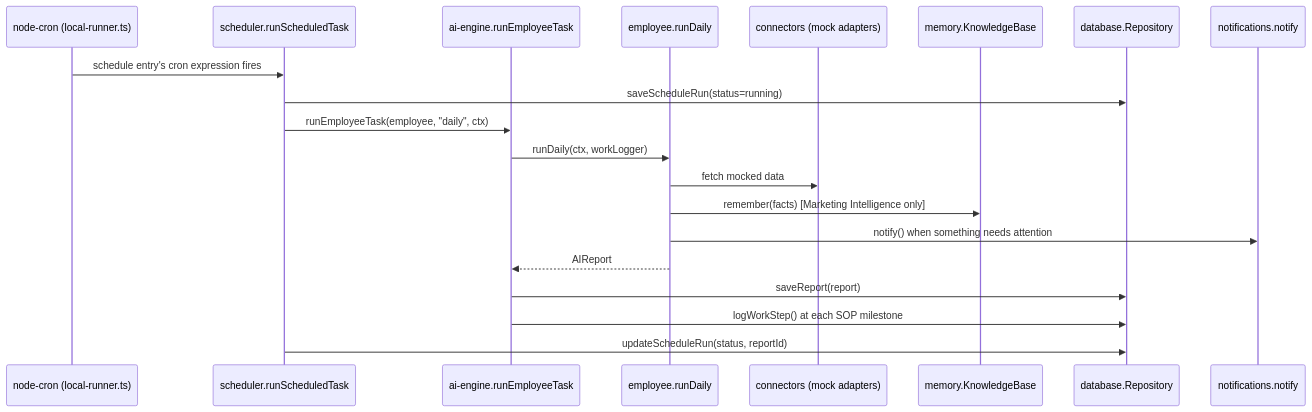
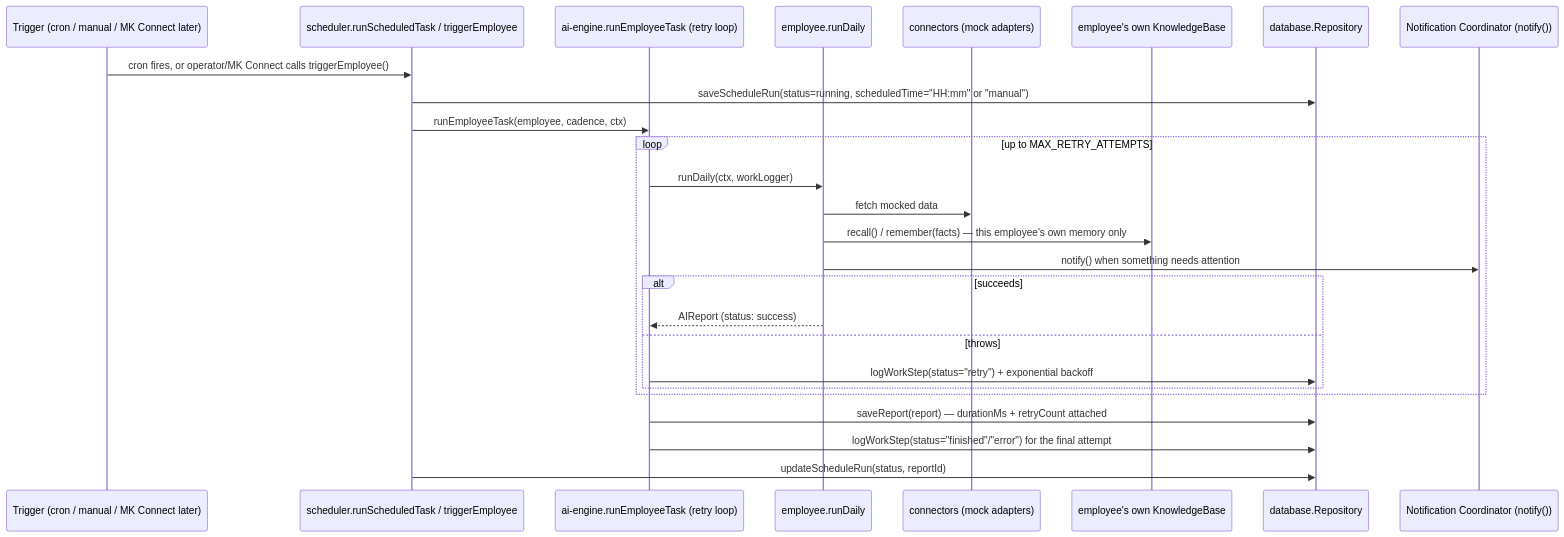
Before and after one commit to loonarsliving/Aiagent: the third of 4 diagrams in docs/ARCHITECTURE.md, drawn with Mermaid. The commit also changed other lines of this file and 99 other files, not shown here.

````diff
--- a/docs/ARCHITECTURE.md
+++ b/docs/ARCHITECTURE.md
@@ -135,23 +191,29 @@
 ```mermaid
 sequenceDiagram
-    participant Cron as node-cron (local-runner.ts)
-    participant Exec as scheduler.runScheduledTask
-    participant Run as ai-engine.runEmployeeTask
+    participant Trigger as Trigger (cron / manual / MK Connect later)
+    participant Sched as scheduler.runScheduledTask / triggerEmployee
+    participant Run as ai-engine.runEmployeeTask (retry loop)
     participant Emp as employee.runDaily
     participant Conn as connectors (mock adapters)
-    participant Mem as memory.KnowledgeBase
+    participant Mem as employee's own KnowledgeBase
     participant DB as database.Repository
-    participant Notif as notifications.notify
+    participant Notif as Notification Coordinator (notify())
 
-    Cron->>Exec: schedule entry's cron expression fires
-    Exec->>DB: saveScheduleRun(status=running)
-    Exec->>Run: runEmployeeTask(employee, "daily", ctx)
-    Run->>Emp: runDaily(ctx, workLogger)
-    Emp->>Conn: fetch mocked data
-    Emp->>Mem: remember(facts) [Marketing Intelligence only]
-    Emp->>Notif: notify() when something needs attention
-    Emp-->>Run: AIReport
-    Run->>DB: saveReport(report)
-    Run->>DB: logWorkStep() at each SOP milestone
-    Exec->>DB: updateScheduleRun(status, reportId)
+    Trigger->>Sched: cron fires, or operator/MK Connect calls triggerEmployee()
+    Sched->>DB: saveScheduleRun(status=running, scheduledTime="HH:mm" or "manual")
+    Sched->>Run: runEmployeeTask(employee, cadence, ctx)
+    loop up to MAX_RETRY_ATTEMPTS
+        Run->>Emp: runDaily(ctx, workLogger)
+        Emp->>Conn: fetch mocked data
+        Emp->>Mem: recall() / remember(facts) — this employee's own memory only
+        Emp->>Notif: notify() when something needs attention
+        alt succeeds
+            Emp-->>Run: AIReport (status: success)
+        else throws
+            Run->>DB: logWorkStep(status="retry") + exponential backoff
+        end
+    end
+    Run->>DB: saveReport(report) — durationMs + retryCount attached
+    Run->>DB: logWorkStep(status="finished"/"error") for the final attempt
+    Sched->>DB: updateScheduleRun(status, reportId)
 ```
````
